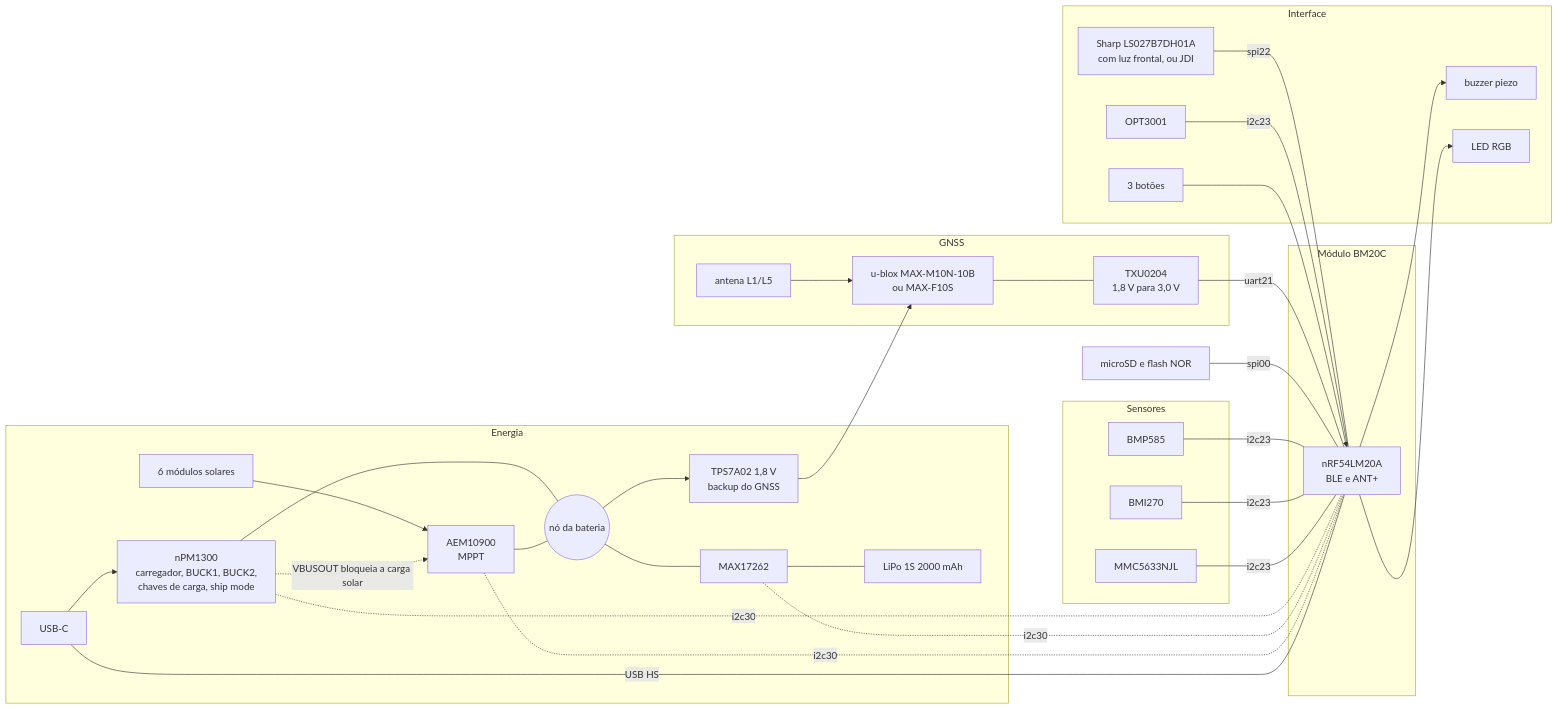
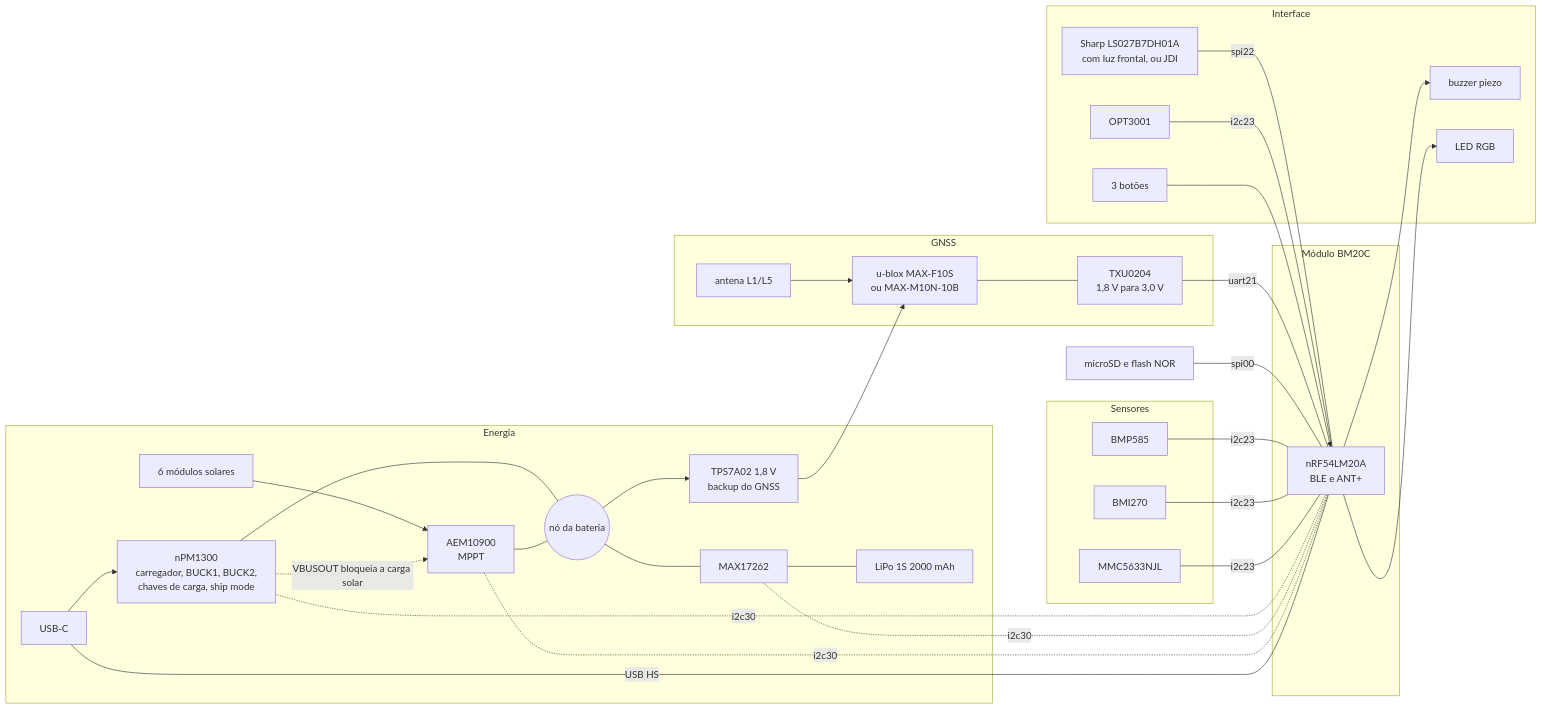
Before and after one commit to Guiimartinho/gnss-bike-computer: the first of 3 diagrams in docs/14-hardware-placa-nova.md, drawn with Mermaid. The commit also changed other lines of this file and 23 other files, not shown here.

````diff
--- a/docs/14-hardware-placa-nova.md
+++ b/docs/14-hardware-placa-nova.md
@@ -29,47 +29,47 @@
 ```mermaid
 flowchart LR
     subgraph PWR["Energia"]
         USBC["USB-C"] --> PMIC["nPM1300<br/>carregador, BUCK1, BUCK2,<br/>chaves de carga, ship mode"]
         PV["6 módulos solares"] --> HARV["AEM10900<br/>MPPT"]
         PMIC --- NODE(("nó da bateria"))
         HARV --- NODE
         PMIC -.->|"VBUSOUT bloqueia a carga solar"| HARV
         NODE --- GAUGE["MAX17262"] --- CELL["LiPo 1S 2000 mAh"]
         NODE --> BCK["TPS7A02 1,8 V<br/>backup do GNSS"]
     end
     subgraph CORE["Módulo BM20C"]
         MCU["nRF54LM20A<br/>BLE e ANT+"]
     end
     subgraph GNSSB["GNSS"]
-        ANT["antena L1/L5"] --> GMOD["u-blox MAX-M10N-10B<br/>ou MAX-F10S"]
+        ANT["antena L1/L5"] --> GMOD["u-blox MAX-F10S<br/>ou MAX-M10N-10B"]
         GMOD --- XLAT["TXU0204<br/>1,8 V para 3,0 V"]
     end
     subgraph HMI["Interface"]
         LCD["Sharp LS027B7DH01A<br/>com luz frontal, ou JDI"]
         KEYS["3 botões"]
         BUZ["buzzer piezo"]
         LED["LED RGB"]
         ALS["OPT3001"]
     end
     subgraph SENS["Sensores"]
         BARO["BMP585"]
         IMU["BMI270"]
         MAG["MMC5633NJL"]
     end
     SD["microSD e flash NOR"]
     XLAT ---|"uart21"| MCU
     LCD ---|"spi22"| MCU
     SD ---|"spi00"| MCU
     BARO ---|"i2c23"| MCU
     IMU ---|"i2c23"| MCU
     MAG ---|"i2c23"| MCU
     ALS ---|"i2c23"| MCU
     PMIC -.-|"i2c30"| MCU
     GAUGE -.-|"i2c30"| MCU
     HARV -.-|"i2c30"| MCU
     USBC ---|"USB HS"| MCU
     KEYS --> MCU
     MCU --> BUZ
     MCU --> LED
     BCK --> GMOD
 ```
````
